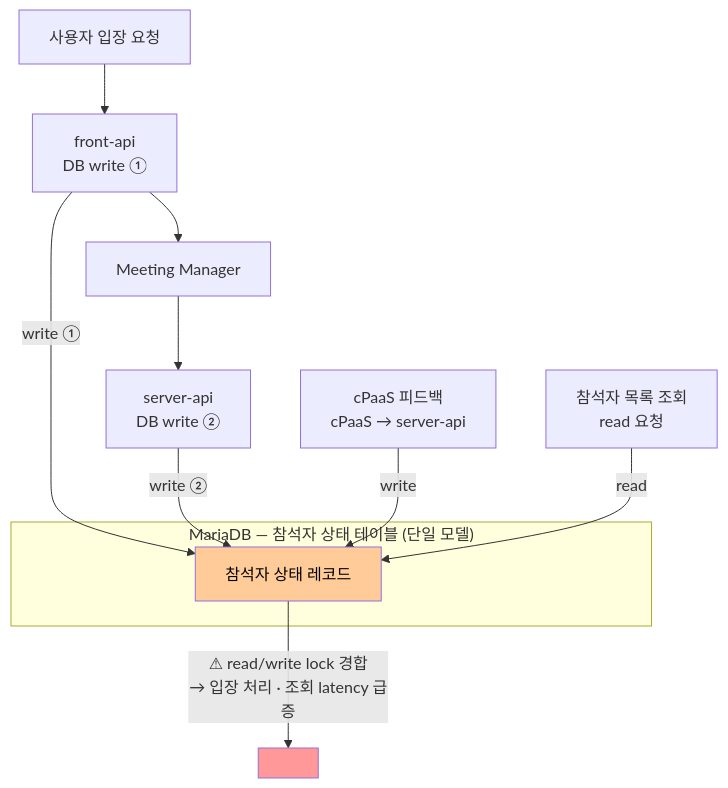
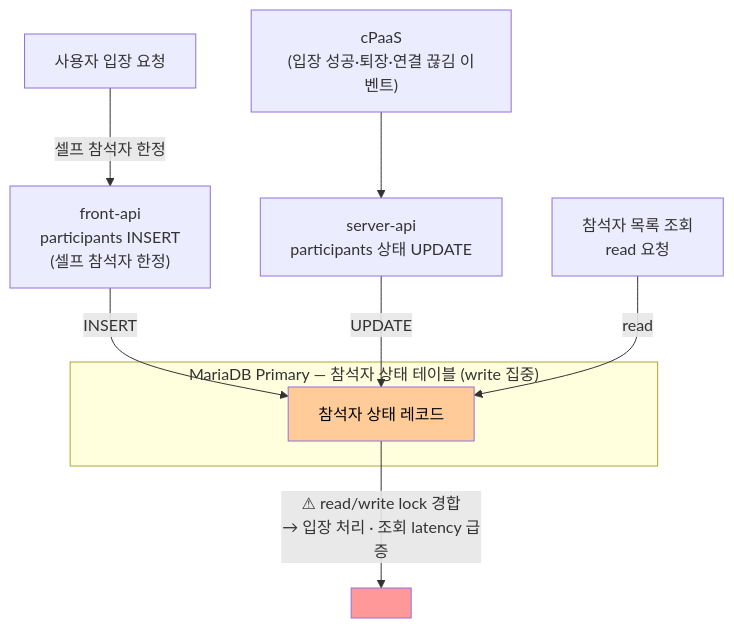
One commit to sujinnkim/A_Personal changed the diagram in docs/02-system-overview/1.2-issues/ISSUE-07-회의입장피드백동시유입참석자상태DB경합.md. Above: the diagram before and after it, drawn with Mermaid. The commit also changed other lines of this file and 28 other files, not shown here.

First line of the commit message:
docs: 입장(UC-04) 문맥 WC서버 → Meeting Manager 전반 수정

````diff
--- a/docs/02-system-overview/1.2-issues/ISSUE-07-회의입장피드백동시유입참석자상태DB경합.md
+++ b/docs/02-system-overview/1.2-issues/ISSUE-07-회의입장피드백동시유입참석자상태DB경합.md
@@ -12,25 +12,24 @@
 ```mermaid
 flowchart TD
     USER["사용자 입장 요청"]
-    FA_W["front-api\nDB write ①"]
-    MM["Meeting Manager"]
-    SA_W["server-api\nDB write ②"]
-    FB["cPaaS 피드백\ncPaaS → server-api"]
+    FA_W["front-api\nparticipants INSERT\n(셀프 참석자 한정)"]
+    CPAAS["cPaaS\n(입장 성공·퇴장·연결 끊김 이벤트)"]
+    SA_W["server-api\nparticipants 상태 UPDATE"]
     QR["참석자 목록 조회\nread 요청"]
 
-    USER --> FA_W --> MM --> SA_W
+    USER -->|"셀프 참석자 한정"| FA_W
 
-    subgraph DB["MariaDB — 참석자 상태 테이블 (단일 모델)"]
+    subgraph DB["MariaDB Primary — 참석자 상태 테이블 (write 집중)"]
         TBL["참석자 상태 레코드"]
     end
 
-    FA_W -->|write ①| TBL
-    SA_W -->|write ②| TBL
-    FB -->|write| TBL
+    FA_W -->|"INSERT"| TBL
+    CPAAS --> SA_W
+    SA_W -->|"UPDATE"| TBL
     QR -->|read| TBL
 
     TBL -->|"⚠ read/write lock 경합\n→ 입장 처리 · 조회 latency 급증"| LOCK[" "]
 
     style TBL fill:#ffcc99,color:#000
     style LOCK fill:#ff9999,color:#000
 ```
````
